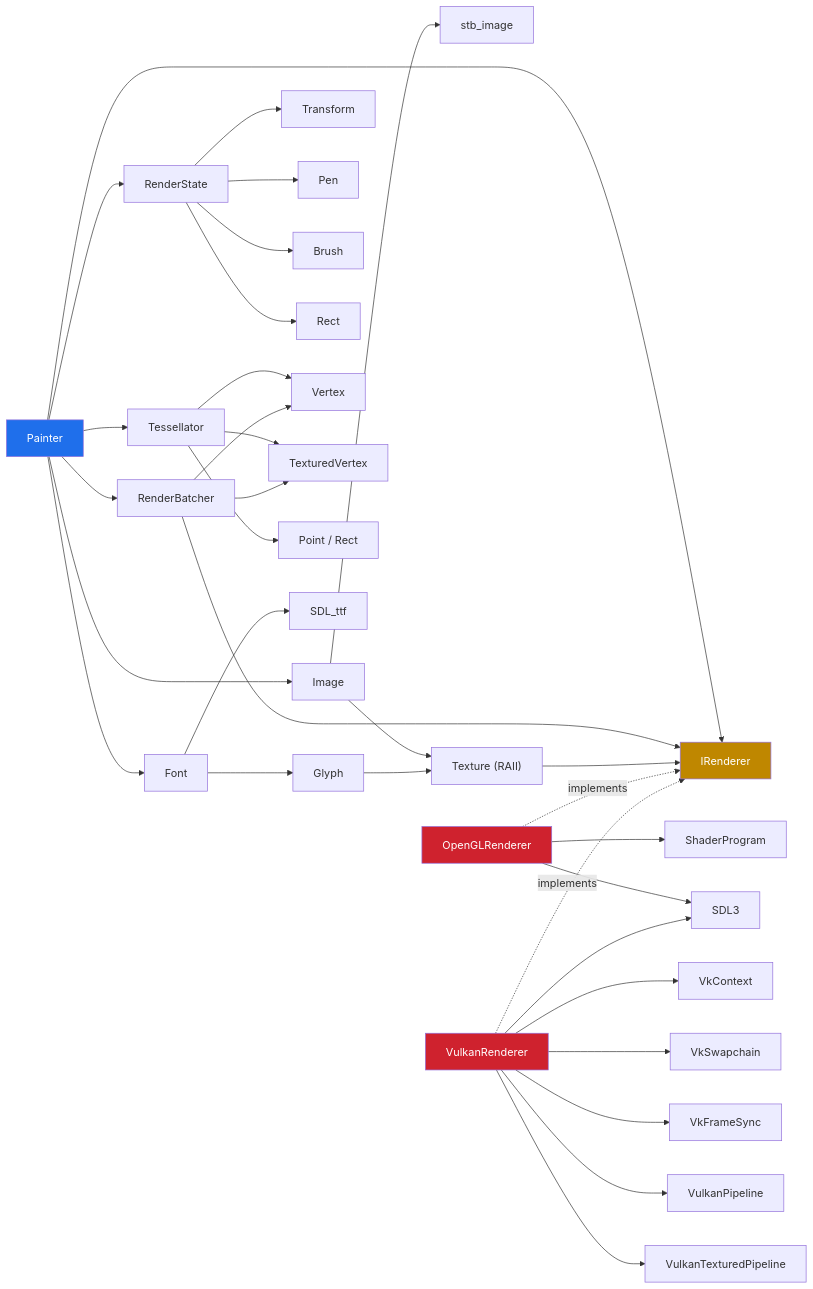
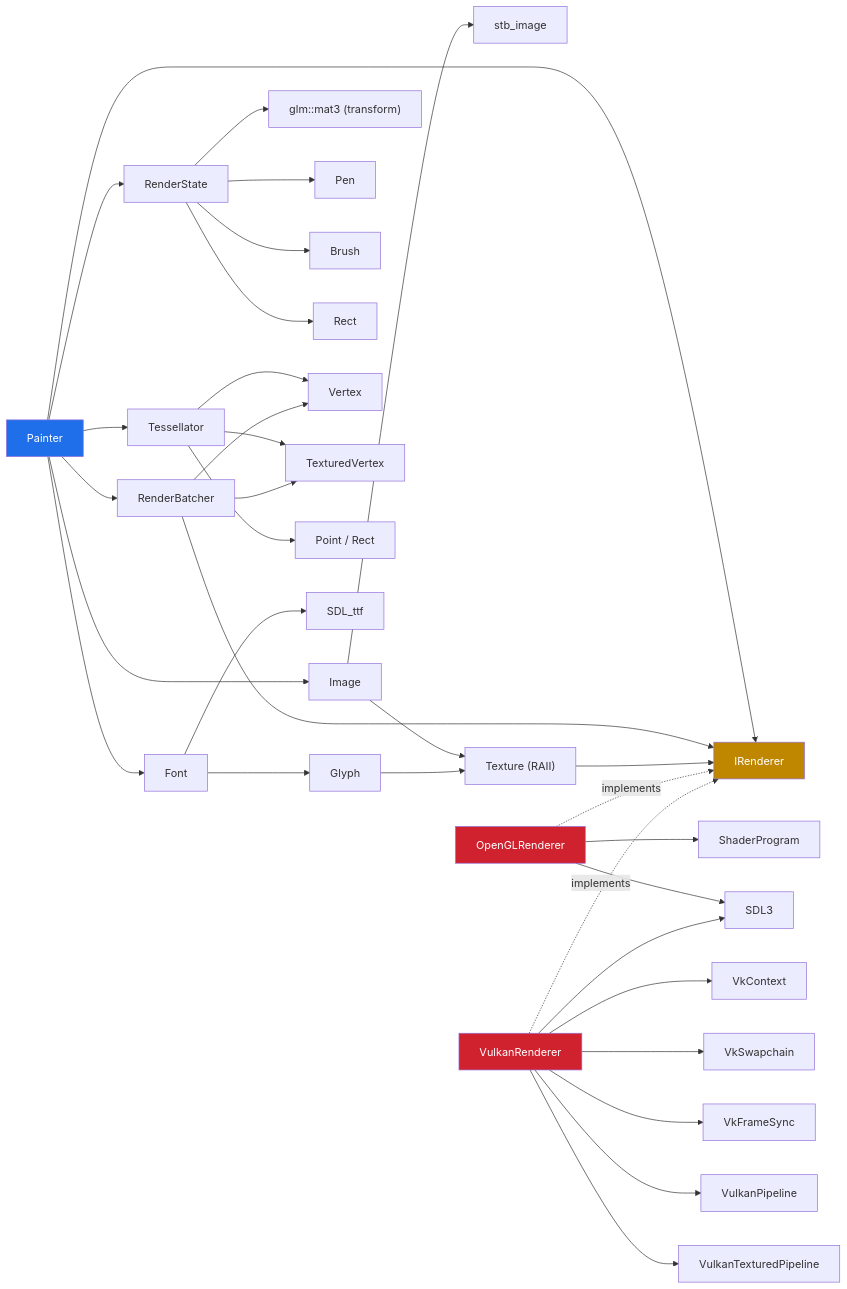
The second of 4 diagrams in doc/mimari-genel-bakis.md (yazilimperver/sdl-painter), drawn with Mermaid before and after one commit. The commit also changed other lines of this file and 40 other files, not shown here.

````diff
--- a/doc/mimari-genel-bakis.md
+++ b/doc/mimari-genel-bakis.md
@@ -93,46 +95,46 @@
 ```mermaid
 graph LR
     Painter --> RenderState
     Painter --> Tessellator
     Painter --> RenderBatcher
     Painter --> IRenderer
     Painter --> Image
     Painter --> Font
 
-    RenderState --> Transform
+    RenderState --> Mat3["glm::mat3 (transform)"]
     RenderState --> Pen
     RenderState --> Brush
     RenderState --> Rect
 
     Tessellator --> Vertex
     Tessellator --> TexturedVertex
     Tessellator --> Geometry["Point / Rect"]
 
     RenderBatcher --> IRenderer
     RenderBatcher --> Vertex
     RenderBatcher --> TexturedVertex
 
     Image --> stbImage["stb_image"]
     Image --> Texture["Texture (RAII)"]
     Texture --> IRenderer
 
     Font --> SDLttf["SDL_ttf"]
     Font --> Glyph
     Glyph --> Texture
 
     OpenGLRenderer -.implements.-> IRenderer
     VulkanRenderer -.implements.-> IRenderer
     OpenGLRenderer --> ShaderProgram
     OpenGLRenderer --> SDL3
     VulkanRenderer --> VkContext
     VulkanRenderer --> VkSwapchain
     VulkanRenderer --> VkFrameSync
     VulkanRenderer --> VulkanPipeline
     VulkanRenderer --> VulkanTexturedPipeline
     VulkanRenderer --> SDL3
 
     style IRenderer fill:#bf8700,color:#fff
     style Painter fill:#1f6feb,color:#fff
     style OpenGLRenderer fill:#cf222e,color:#fff
     style VulkanRenderer fill:#cf222e,color:#fff
 ```
````
